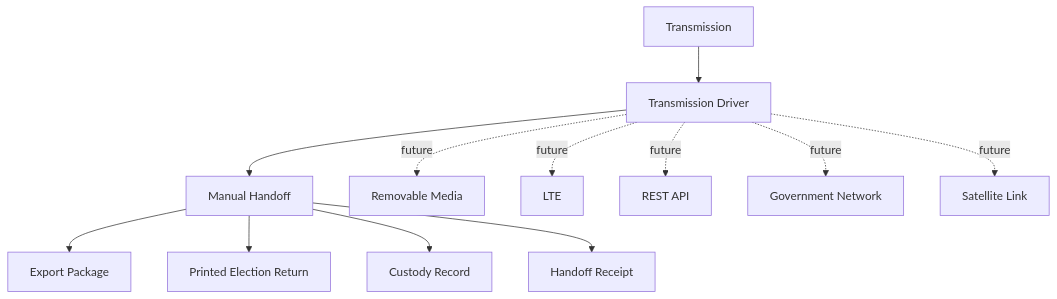
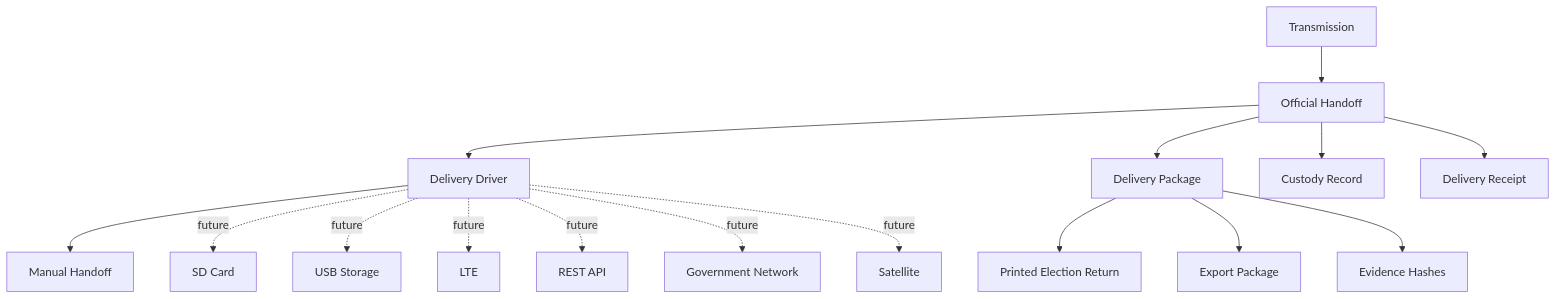
One commit to 3neti/aes changed the fifth of 7 diagrams in docs/SYSTEM_DESIGN.md. Above: the diagram before and after it, drawn with Mermaid. The commit also changed other lines of this file and 6 other files, not shown here.

Commit message:
docs: refine delivery handoff architecture

````diff
--- a/docs/SYSTEM_DESIGN.md
+++ b/docs/SYSTEM_DESIGN.md
@@ -676,16 +698,19 @@
 ```mermaid
 flowchart TB
-    Transmission
-    Transmission --> Driver["Transmission Driver"]
+    Transmission --> OfficialHandoff["Official Handoff"]
+    OfficialHandoff --> Driver["Delivery Driver"]
     Driver --> ManualHandoff["Manual Handoff"]
-    Driver -. future .-> RemovableMedia["Removable Media"]
+    Driver -. future .-> SDCard["SD Card"]
+    Driver -. future .-> USBStorage["USB Storage"]
     Driver -. future .-> LTE
     Driver -. future .-> REST["REST API"]
     Driver -. future .-> GovernmentNetwork["Government Network"]
-    Driver -. future .-> SatelliteLink["Satellite Link"]
+    Driver -. future .-> Satellite
 
-    ManualHandoff --> ExportPackage["Export Package"]
-    ManualHandoff --> PrintedReturn["Printed Election Return"]
-    ManualHandoff --> CustodyRecord["Custody Record"]
-    ManualHandoff --> HandoffReceipt["Handoff Receipt"]
+    OfficialHandoff --> DeliveryPackage["Delivery Package"]
+    DeliveryPackage --> PrintedReturn["Printed Election Return"]
+    DeliveryPackage --> ExportPackage["Export Package"]
+    DeliveryPackage --> EvidenceHashes["Evidence Hashes"]
+    OfficialHandoff --> CustodyRecord["Custody Record"]
+    OfficialHandoff --> DeliveryReceipt["Delivery Receipt"]
 ```
````
